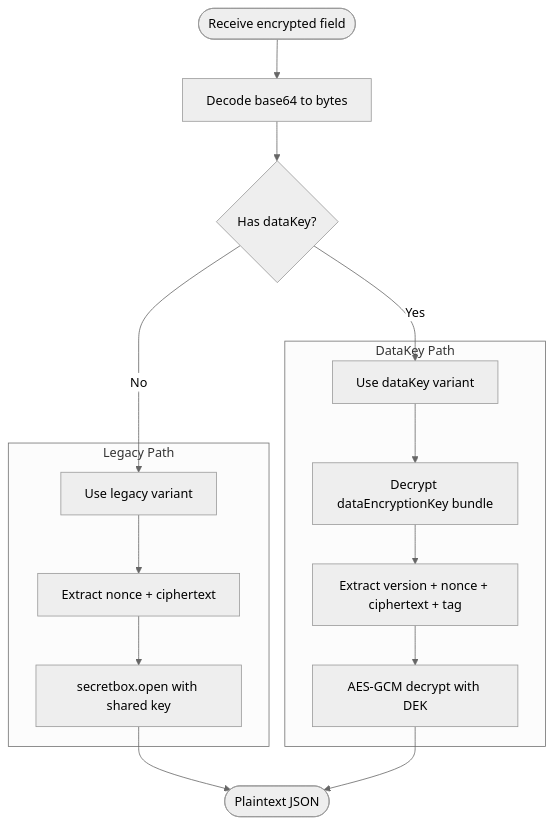
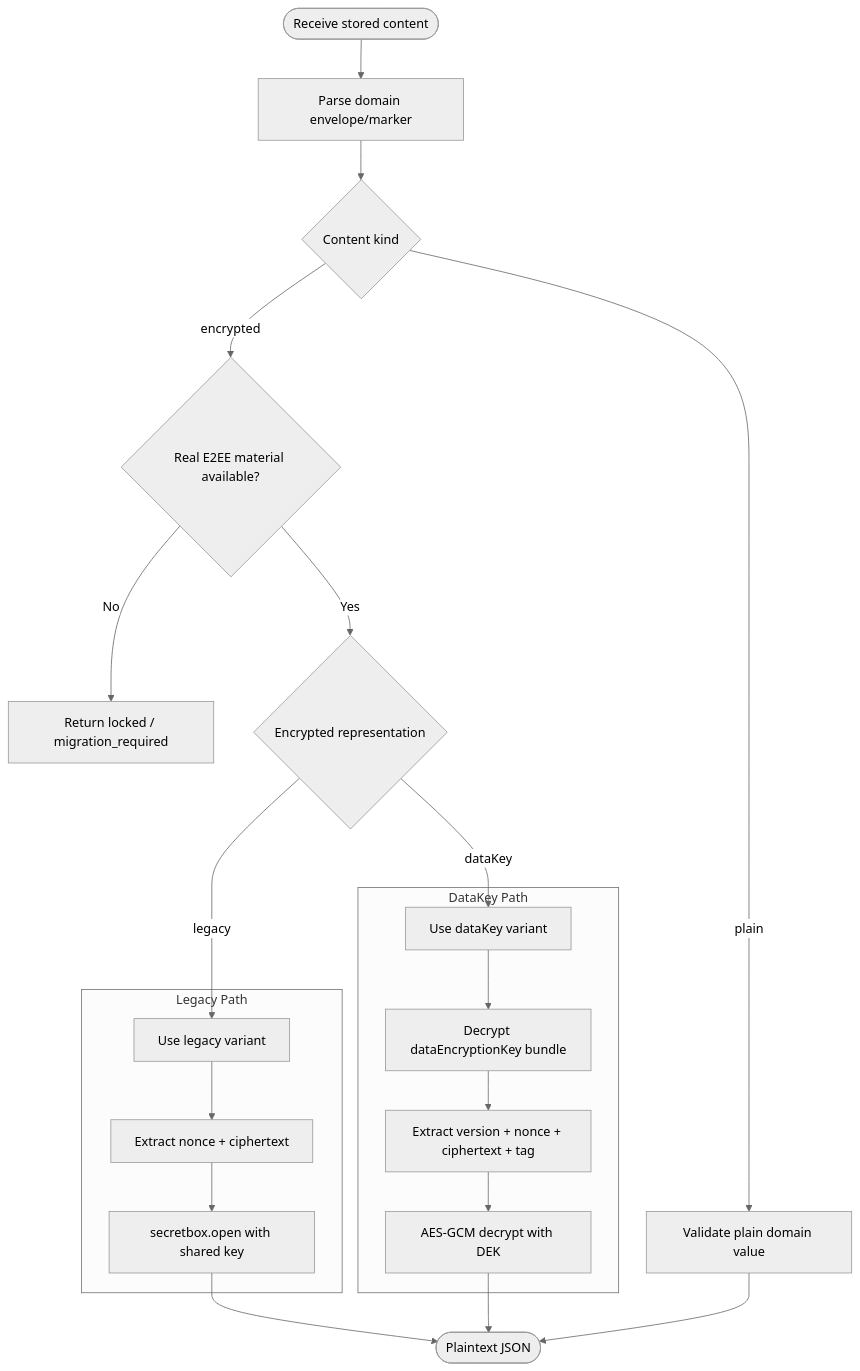
The tenth of 12 diagrams in docs/encryption.md (happier-dev/happier), drawn with Mermaid (neutral theme) before and after one commit. The commit also changed other lines of this file and 36 other files, not shown here.

````diff
--- a/docs/encryption.md
+++ b/docs/encryption.md
@@ -456,22 +693,26 @@
 ```mermaid
 flowchart TD
-    Start([Receive encrypted field]) --> B64[Decode base64 to bytes]
-    B64 --> Check{Has dataKey?}
-
-    Check --> |No| Legacy[Use legacy variant]
-    Check --> |Yes| DataKey[Use dataKey variant]
+    Start([Receive stored content]) --> Parse[Parse domain envelope/marker]
+    Parse --> Kind{Content kind}
+    Kind --> |plain| Validate[Validate plain domain value]
+    Kind --> |encrypted| Material{Real E2EE material available?}
+    Material --> |No| Locked[Return locked / migration_required]
+    Material --> |Yes| Variant{Encrypted representation}
+    Variant --> |legacy| Legacy[Use legacy variant]
+    Variant --> |dataKey| DataKey[Use dataKey variant]
 
     subgraph "Legacy Path"
         Legacy --> ExtractL[Extract nonce + ciphertext]
         ExtractL --> DecryptL[secretbox.open with shared key]
     end
 
     subgraph "DataKey Path"
         DataKey --> GetDEK[Decrypt dataEncryptionKey bundle]
         GetDEK --> ExtractD[Extract version + nonce + ciphertext + tag]
         ExtractD --> DecryptD[AES-GCM decrypt with DEK]
     end
 
     DecryptL --> Plain([Plaintext JSON])
     DecryptD --> Plain
+    Validate --> Plain
 ```
````
